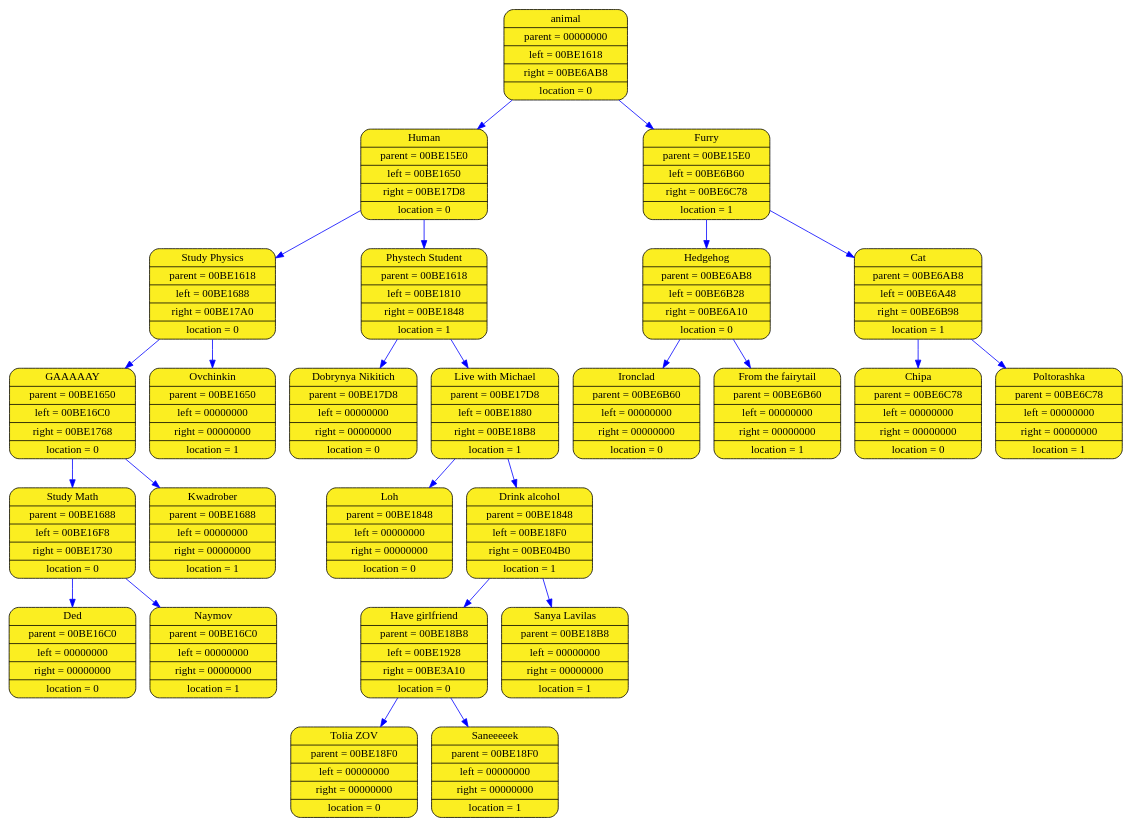
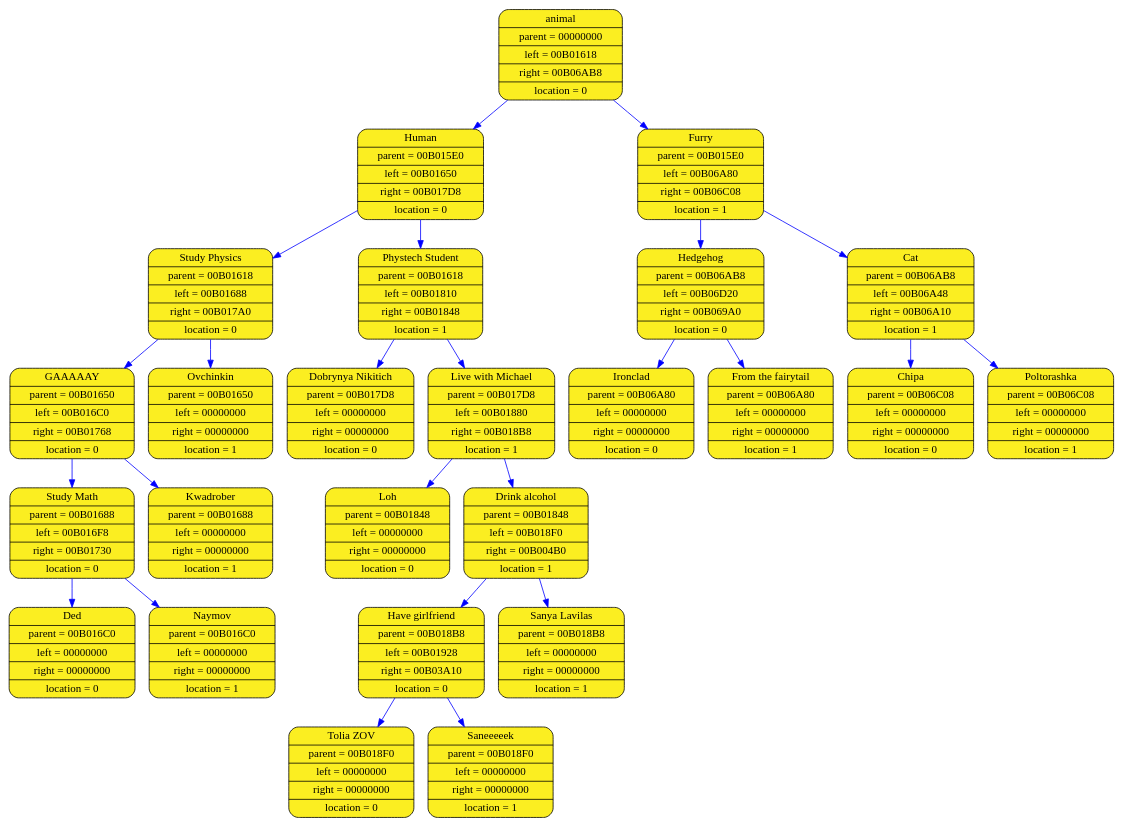
One commit to aywert/ACINATOR changed the diagram in log_folder_acinator/acinator_graph.dot. Above: the diagram before and after it, drawn with Graphviz. The commit also changed 2 other files, not shown here.

```diff
--- a/log_folder_acinator/acinator_graph.dot
+++ b/log_folder_acinator/acinator_graph.dot
@@ -1,53 +1,53 @@
 digraph list
 {
 rankdir=HR;
-	12457444 [shape = Mrecord; style = filled; fillcolor="#FBEE21"; color = "#000000"; fontcolor = "#000000"; label = "{ animal| parent = 00000000| left = 00BE1618| right = 00BE6AB8| location = 0}"];
-	12457500 [shape = Mrecord; style = filled; fillcolor="#FBEE21"; color = "#000000"; fontcolor = "#000000"; label = "{ Human| parent = 00BE15E0| left = 00BE1650| right = 00BE17D8| location = 0}"];
-	12457444 -> 12457500 [color="blue"]
-	12457556 [shape = Mrecord; style = filled; fillcolor="#FBEE21"; color = "#000000"; fontcolor = "#000000"; label = "{ Study Physics| parent = 00BE1618| left = 00BE1688| right = 00BE17A0| location = 0}"];
-	12457500 -> 12457556 [color="blue"]
-	12457612 [shape = Mrecord; style = filled; fillcolor="#FBEE21"; color = "#000000"; fontcolor = "#000000"; label = "{ GAAAAAY| parent = 00BE1650| left = 00BE16C0| right = 00BE1768| location = 0}"];
-	12457556 -> 12457612 [color="blue"]
-	12457668 [shape = Mrecord; style = filled; fillcolor="#FBEE21"; color = "#000000"; fontcolor = "#000000"; label = "{ Study Math| parent = 00BE1688| left = 00BE16F8| right = 00BE1730| location = 0}"];
-	12457612 -> 12457668 [color="blue"]
-	12457724 [shape = Mrecord; style = filled; fillcolor="#FBEE21"; color = "#000000"; fontcolor = "#000000"; label = "{ Ded| parent = 00BE16C0| left = 00000000| right = 00000000| location = 0}"];
-	12457668 -> 12457724 [color="blue"]
-	12457780 [shape = Mrecord; style = filled; fillcolor="#FBEE21"; color = "#000000"; fontcolor = "#000000"; label = "{ Naymov| parent = 00BE16C0| left = 00000000| right = 00000000| location = 1}"];
-	12457668 -> 12457780 [color="blue"]
-	12457836 [shape = Mrecord; style = filled; fillcolor="#FBEE21"; color = "#000000"; fontcolor = "#000000"; label = "{ Kwadrober| parent = 00BE1688| left = 00000000| right = 00000000| location = 1}"];
-	12457612 -> 12457836 [color="blue"]
-	12457892 [shape = Mrecord; style = filled; fillcolor="#FBEE21"; color = "#000000"; fontcolor = "#000000"; label = "{ Ovchinkin| parent = 00BE1650| left = 00000000| right = 00000000| location = 1}"];
-	12457556 -> 12457892 [color="blue"]
-	12457948 [shape = Mrecord; style = filled; fillcolor="#FBEE21"; color = "#000000"; fontcolor = "#000000"; label = "{ Phystech Student| parent = 00BE1618| left = 00BE1810| right = 00BE1848| location = 1}"];
-	12457500 -> 12457948 [color="blue"]
-	12458004 [shape = Mrecord; style = filled; fillcolor="#FBEE21"; color = "#000000"; fontcolor = "#000000"; label = "{ Dobrynya Nikitich| parent = 00BE17D8| left = 00000000| right = 00000000| location = 0}"];
-	12457948 -> 12458004 [color="blue"]
-	12458060 [shape = Mrecord; style = filled; fillcolor="#FBEE21"; color = "#000000"; fontcolor = "#000000"; label = "{ Live with Michael| parent = 00BE17D8| left = 00BE1880| right = 00BE18B8| location = 1}"];
-	12457948 -> 12458060 [color="blue"]
-	12458116 [shape = Mrecord; style = filled; fillcolor="#FBEE21"; color = "#000000"; fontcolor = "#000000"; label = "{ Loh| parent = 00BE1848| left = 00000000| right = 00000000| location = 0}"];
-	12458060 -> 12458116 [color="blue"]
-	12458172 [shape = Mrecord; style = filled; fillcolor="#FBEE21"; color = "#000000"; fontcolor = "#000000"; label = "{ Drink alcohol| parent = 00BE1848| left = 00BE18F0| right = 00BE04B0| location = 1}"];
-	12458060 -> 12458172 [color="blue"]
-	12458228 [shape = Mrecord; style = filled; fillcolor="#FBEE21"; color = "#000000"; fontcolor = "#000000"; label = "{ Have girlfriend| parent = 00BE18B8| left = 00BE1928| right = 00BE3A10| location = 0}"];
-	12458172 -> 12458228 [color="blue"]
-	12458284 [shape = Mrecord; style = filled; fillcolor="#FBEE21"; color = "#000000"; fontcolor = "#000000"; label = "{ Tolia ZOV| parent = 00BE18F0| left = 00000000| right = 00000000| location = 0}"];
-	12458228 -> 12458284 [color="blue"]
-	12466708 [shape = Mrecord; style = filled; fillcolor="#FBEE21"; color = "#000000"; fontcolor = "#000000"; label = "{ Saneeeeek| parent = 00BE18F0| left = 00000000| right = 00000000| location = 1}"];
-	12458228 -> 12466708 [color="blue"]
-	12453044 [shape = Mrecord; style = filled; fillcolor="#FBEE21"; color = "#000000"; fontcolor = "#000000"; label = "{ Sanya Lavilas| parent = 00BE18B8| left = 00000000| right = 00000000| location = 1}"];
-	12458172 -> 12453044 [color="blue"]
-	12479164 [shape = Mrecord; style = filled; fillcolor="#FBEE21"; color = "#000000"; fontcolor = "#000000"; label = "{ Furry| parent = 00BE15E0| left = 00BE6B60| right = 00BE6C78| location = 1}"];
-	12457444 -> 12479164 [color="blue"]
-	12479332 [shape = Mrecord; style = filled; fillcolor="#FBEE21"; color = "#000000"; fontcolor = "#000000"; label = "{ Hedgehog| parent = 00BE6AB8| left = 00BE6B28| right = 00BE6A10| location = 0}"];
-	12479164 -> 12479332 [color="blue"]
-	12479276 [shape = Mrecord; style = filled; fillcolor="#FBEE21"; color = "#000000"; fontcolor = "#000000"; label = "{ Ironclad| parent = 00BE6B60| left = 00000000| right = 00000000| location = 0}"];
-	12479332 -> 12479276 [color="blue"]
-	12478996 [shape = Mrecord; style = filled; fillcolor="#FBEE21"; color = "#000000"; fontcolor = "#000000"; label = "{ From the fairytail| parent = 00BE6B60| left = 00000000| right = 00000000| location = 1}"];
-	12479332 -> 12478996 [color="blue"]
-	12479612 [shape = Mrecord; style = filled; fillcolor="#FBEE21"; color = "#000000"; fontcolor = "#000000"; label = "{ Cat| parent = 00BE6AB8| left = 00BE6A48| right = 00BE6B98| location = 1}"];
-	12479164 -> 12479612 [color="blue"]
-	12479052 [shape = Mrecord; style = filled; fillcolor="#FBEE21"; color = "#000000"; fontcolor = "#000000"; label = "{ Chipa| parent = 00BE6C78| left = 00000000| right = 00000000| location = 0}"];
-	12479612 -> 12479052 [color="blue"]
-	12479388 [shape = Mrecord; style = filled; fillcolor="#FBEE21"; color = "#000000"; fontcolor = "#000000"; label = "{ Poltorashka| parent = 00BE6C78| left = 00000000| right = 00000000| location = 1}"];
-	12479612 -> 12479388 [color="blue"]
+	11539940 [shape = Mrecord; style = filled; fillcolor="#FBEE21"; color = "#000000"; fontcolor = "#000000"; label = "{ animal| parent = 00000000| left = 00B01618| right = 00B06AB8| location = 0}"];
+	11539996 [shape = Mrecord; style = filled; fillcolor="#FBEE21"; color = "#000000"; fontcolor = "#000000"; label = "{ Human| parent = 00B015E0| left = 00B01650| right = 00B017D8| location = 0}"];
+	11539940 -> 11539996 [color="blue"]
+	11540052 [shape = Mrecord; style = filled; fillcolor="#FBEE21"; color = "#000000"; fontcolor = "#000000"; label = "{ Study Physics| parent = 00B01618| left = 00B01688| right = 00B017A0| location = 0}"];
+	11539996 -> 11540052 [color="blue"]
+	11540108 [shape = Mrecord; style = filled; fillcolor="#FBEE21"; color = "#000000"; fontcolor = "#000000"; label = "{ GAAAAAY| parent = 00B01650| left = 00B016C0| right = 00B01768| location = 0}"];
+	11540052 -> 11540108 [color="blue"]
+	11540164 [shape = Mrecord; style = filled; fillcolor="#FBEE21"; color = "#000000"; fontcolor = "#000000"; label = "{ Study Math| parent = 00B01688| left = 00B016F8| right = 00B01730| location = 0}"];
+	11540108 -> 11540164 [color="blue"]
+	11540220 [shape = Mrecord; style = filled; fillcolor="#FBEE21"; color = "#000000"; fontcolor = "#000000"; label = "{ Ded| parent = 00B016C0| left = 00000000| right = 00000000| location = 0}"];
+	11540164 -> 11540220 [color="blue"]
+	11540276 [shape = Mrecord; style = filled; fillcolor="#FBEE21"; color = "#000000"; fontcolor = "#000000"; label = "{ Naymov| parent = 00B016C0| left = 00000000| right = 00000000| location = 1}"];
+	11540164 -> 11540276 [color="blue"]
+	11540332 [shape = Mrecord; style = filled; fillcolor="#FBEE21"; color = "#000000"; fontcolor = "#000000"; label = "{ Kwadrober| parent = 00B01688| left = 00000000| right = 00000000| location = 1}"];
+	11540108 -> 11540332 [color="blue"]
+	11540388 [shape = Mrecord; style = filled; fillcolor="#FBEE21"; color = "#000000"; fontcolor = "#000000"; label = "{ Ovchinkin| parent = 00B01650| left = 00000000| right = 00000000| location = 1}"];
+	11540052 -> 11540388 [color="blue"]
+	11540444 [shape = Mrecord; style = filled; fillcolor="#FBEE21"; color = "#000000"; fontcolor = "#000000"; label = "{ Phystech Student| parent = 00B01618| left = 00B01810| right = 00B01848| location = 1}"];
+	11539996 -> 11540444 [color="blue"]
+	11540500 [shape = Mrecord; style = filled; fillcolor="#FBEE21"; color = "#000000"; fontcolor = "#000000"; label = "{ Dobrynya Nikitich| parent = 00B017D8| left = 00000000| right = 00000000| location = 0}"];
+	11540444 -> 11540500 [color="blue"]
+	11540556 [shape = Mrecord; style = filled; fillcolor="#FBEE21"; color = "#000000"; fontcolor = "#000000"; label = "{ Live with Michael| parent = 00B017D8| left = 00B01880| right = 00B018B8| location = 1}"];
+	11540444 -> 11540556 [color="blue"]
+	11540612 [shape = Mrecord; style = filled; fillcolor="#FBEE21"; color = "#000000"; fontcolor = "#000000"; label = "{ Loh| parent = 00B01848| left = 00000000| right = 00000000| location = 0}"];
+	11540556 -> 11540612 [color="blue"]
+	11540668 [shape = Mrecord; style = filled; fillcolor="#FBEE21"; color = "#000000"; fontcolor = "#000000"; label = "{ Drink alcohol| parent = 00B01848| left = 00B018F0| right = 00B004B0| location = 1}"];
+	11540556 -> 11540668 [color="blue"]
+	11540724 [shape = Mrecord; style = filled; fillcolor="#FBEE21"; color = "#000000"; fontcolor = "#000000"; label = "{ Have girlfriend| parent = 00B018B8| left = 00B01928| right = 00B03A10| location = 0}"];
+	11540668 -> 11540724 [color="blue"]
+	11540780 [shape = Mrecord; style = filled; fillcolor="#FBEE21"; color = "#000000"; fontcolor = "#000000"; label = "{ Tolia ZOV| parent = 00B018F0| left = 00000000| right = 00000000| location = 0}"];
+	11540724 -> 11540780 [color="blue"]
+	11549204 [shape = Mrecord; style = filled; fillcolor="#FBEE21"; color = "#000000"; fontcolor = "#000000"; label = "{ Saneeeeek| parent = 00B018F0| left = 00000000| right = 00000000| location = 1}"];
+	11540724 -> 11549204 [color="blue"]
+	11535540 [shape = Mrecord; style = filled; fillcolor="#FBEE21"; color = "#000000"; fontcolor = "#000000"; label = "{ Sanya Lavilas| parent = 00B018B8| left = 00000000| right = 00000000| location = 1}"];
+	11540668 -> 11535540 [color="blue"]
+	11561660 [shape = Mrecord; style = filled; fillcolor="#FBEE21"; color = "#000000"; fontcolor = "#000000"; label = "{ Furry| parent = 00B015E0| left = 00B06A80| right = 00B06C08| location = 1}"];
+	11539940 -> 11561660 [color="blue"]
+	11561604 [shape = Mrecord; style = filled; fillcolor="#FBEE21"; color = "#000000"; fontcolor = "#000000"; label = "{ Hedgehog| parent = 00B06AB8| left = 00B06D20| right = 00B069A0| location = 0}"];
+	11561660 -> 11561604 [color="blue"]
+	11562276 [shape = Mrecord; style = filled; fillcolor="#FBEE21"; color = "#000000"; fontcolor = "#000000"; label = "{ Ironclad| parent = 00B06A80| left = 00000000| right = 00000000| location = 0}"];
+	11561604 -> 11562276 [color="blue"]
+	11561380 [shape = Mrecord; style = filled; fillcolor="#FBEE21"; color = "#000000"; fontcolor = "#000000"; label = "{ From the fairytail| parent = 00B06A80| left = 00000000| right = 00000000| location = 1}"];
+	11561604 -> 11561380 [color="blue"]
+	11561996 [shape = Mrecord; style = filled; fillcolor="#FBEE21"; color = "#000000"; fontcolor = "#000000"; label = "{ Cat| parent = 00B06AB8| left = 00B06A48| right = 00B06A10| location = 1}"];
+	11561660 -> 11561996 [color="blue"]
+	11561548 [shape = Mrecord; style = filled; fillcolor="#FBEE21"; color = "#000000"; fontcolor = "#000000"; label = "{ Chipa| parent = 00B06C08| left = 00000000| right = 00000000| location = 0}"];
+	11561996 -> 11561548 [color="blue"]
+	11561492 [shape = Mrecord; style = filled; fillcolor="#FBEE21"; color = "#000000"; fontcolor = "#000000"; label = "{ Poltorashka| parent = 00B06C08| left = 00000000| right = 00000000| location = 1}"];
+	11561996 -> 11561492 [color="blue"]
 	}
```
